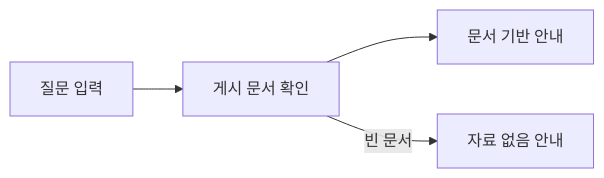
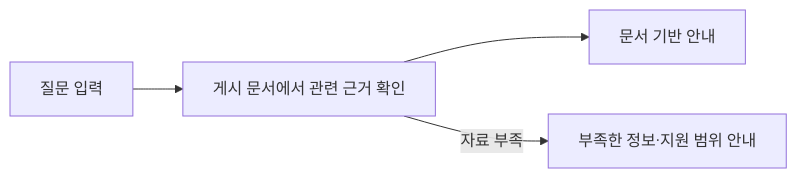
One commit to KANT-2nd-project/sanaebi changed the diagram in README.md. Above: the diagram before and after it, drawn with Mermaid. The commit also changed other lines of this file and 15 other files, not shown here.

````diff
--- a/README.md
+++ b/README.md
@@ -25,6 +34,6 @@
 ```mermaid
 flowchart LR
-    Q["질문 입력"] --> D["게시 문서 확인"]
+    Q["질문 입력"] --> D["게시 문서에서 관련 근거 확인"]
     D --> A["문서 기반 안내"]
-    D -->|"빈 문서"| N["자료 없음 안내"]
+    D -->|"자료 부족"| N["부족한 정보·지원 범위 안내"]
 ```
````
